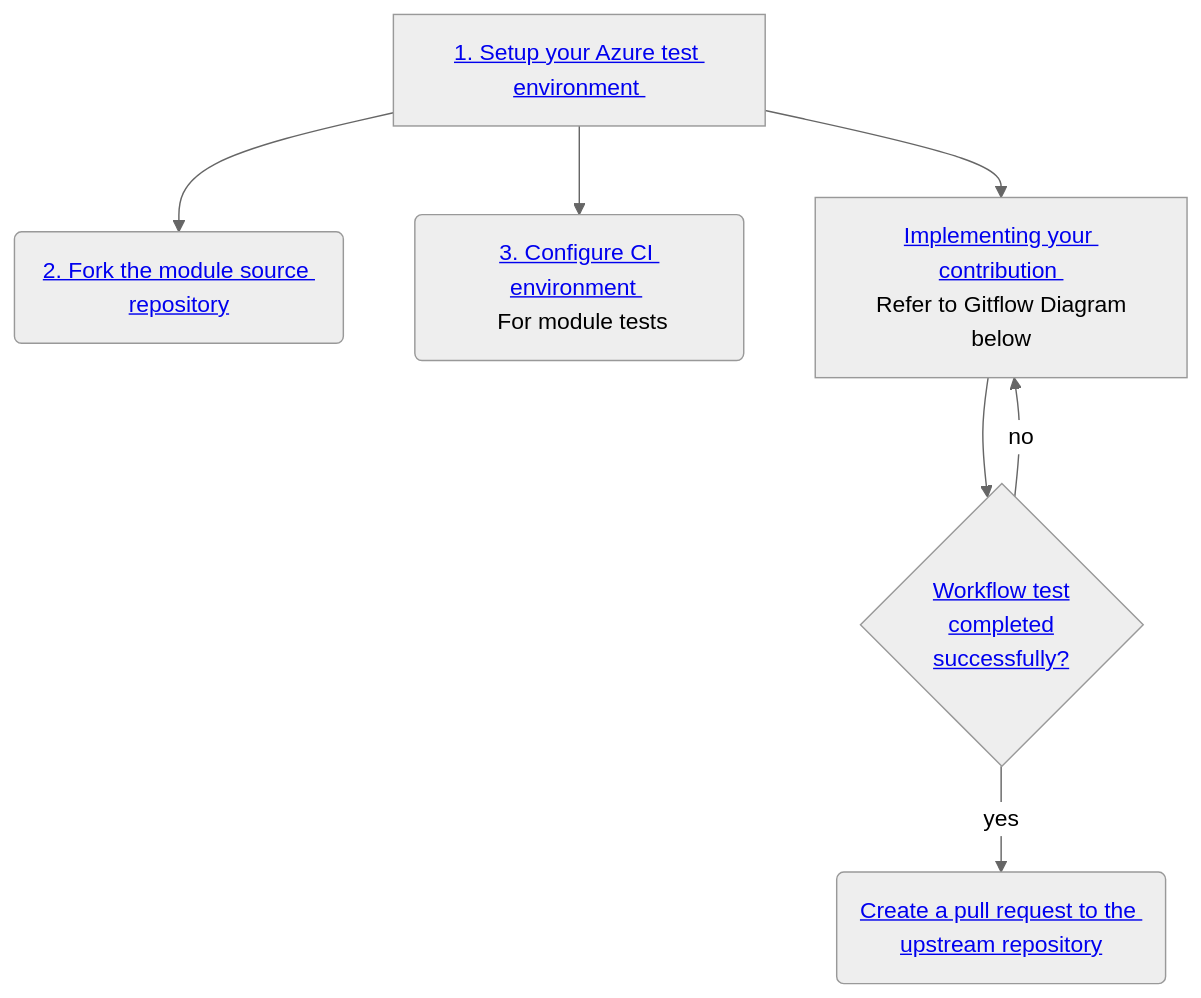
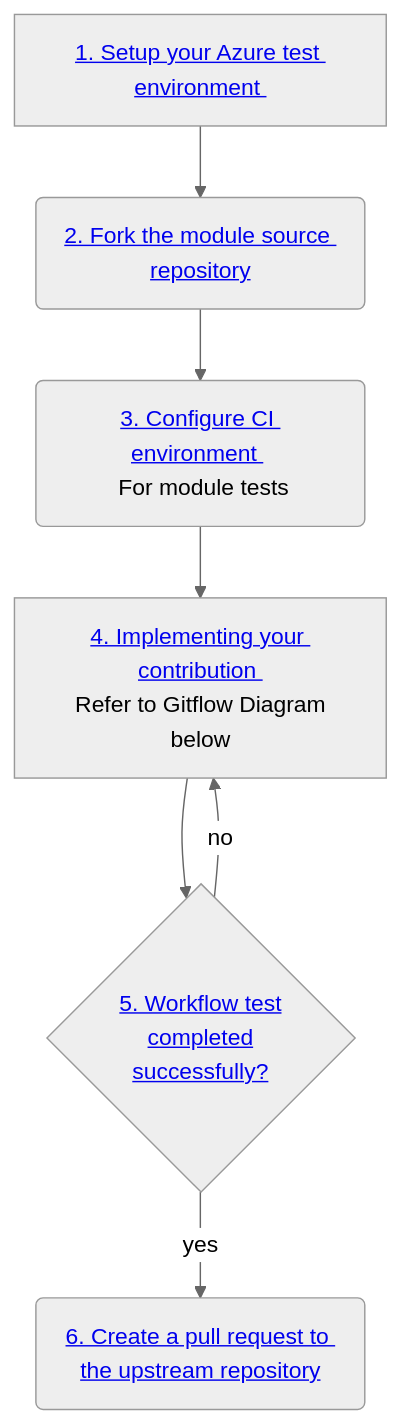
The first of 2 diagrams in docs/content/contributing/bicep/bicep-contribution-flow/_index.md (Azure/Azure-Verified-Modules), drawn with Mermaid (neutral theme) before and after one commit. The commit also changed other lines of this file and 1 other file, not shown here.

Commit message:
Updated bicep contribution guide & recomended tooling

```diff
--- a/docs/content/contributing/bicep/bicep-contribution-flow/_index.md
+++ b/docs/content/contributing/bicep/bicep-contribution-flow/_index.md
@@ -12,15 +12,15 @@
 {{< mermaid class="text-center" >}}
   flowchart TD
     A[<a href='/Azure-Verified-Modules/contributing/bicep/bicep-contribution-flow/#1-setup-your-azure-test-environment'>1. Setup your Azure test environment </a>]
     B(<a href='/Azure-Verified-Modules/contributing/bicep/bicep-contribution-flow/#1-setup-your-azure-test-environment'>2. Fork the module source repository</a>)
     C(<a href='/Azure-Verified-Modules/contributing/bicep/bicep-contribution-flow/#3-configure-your-ci-environment'>3. Configure CI environment </a> <br> For module tests)
-    D[<a href='/Azure-Verified-Modules/contributing/bicep/bicep-contribution-flow/#4-implement-your-contribution'>Implementing your contribution </a><br> Refer to Gitflow Diagram below]
-    E{<a href='/Azure-Verified-Modules/contributing/bicep/bicep-contribution-flow/#5-createupdate-and-run-tests'>Workflow test <br> completed <br> successfully?</a>}
-    F(<a href='/Azure-Verified-Modules/contributing/bicep/bicep-contribution-flow/#6-create-a-pull-request-to-the-public-bicep-registry'>Create a pull request to the upstream repository</a>)
+    D[<a href='/Azure-Verified-Modules/contributing/bicep/bicep-contribution-flow/#4-implement-your-contribution'>4. Implementing your contribution </a><br> Refer to Gitflow Diagram below]
+    E{<a href='/Azure-Verified-Modules/contributing/bicep/bicep-contribution-flow/#5-createupdate-and-run-tests'>5. Workflow test <br> completed <br> successfully?</a>}
+    F(<a href='/Azure-Verified-Modules/contributing/bicep/bicep-contribution-flow/#6-create-a-pull-request-to-the-public-bicep-registry'>6. Create a pull request to the upstream repository</a>)
     A --> B
-    A --> C
-    A --> D
+    B --> C
+    C --> D
     D --> E
     E -->|yes|F
     E -->|no|D
 {{< /mermaid >}}
```
